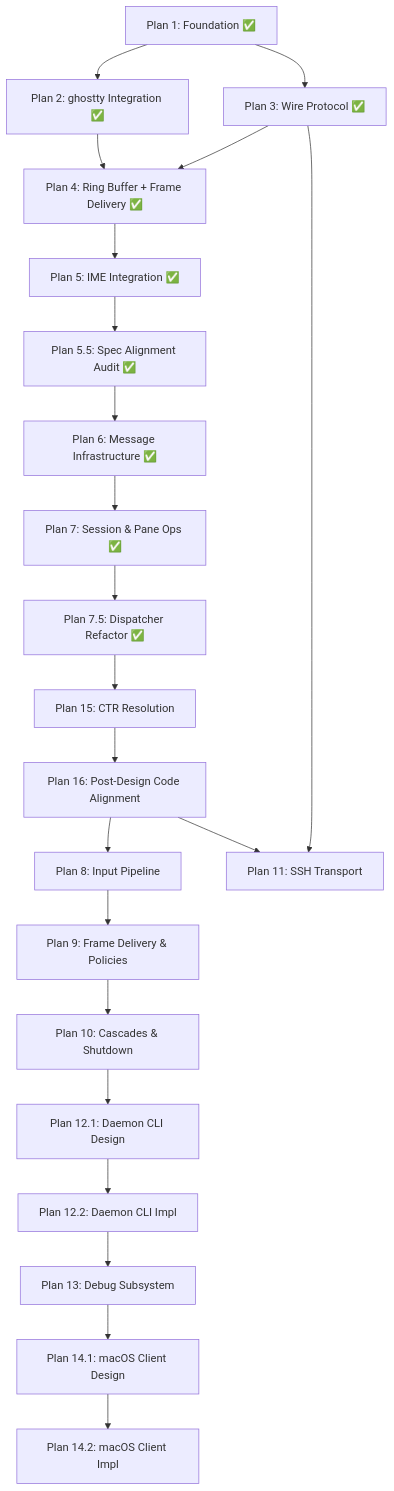
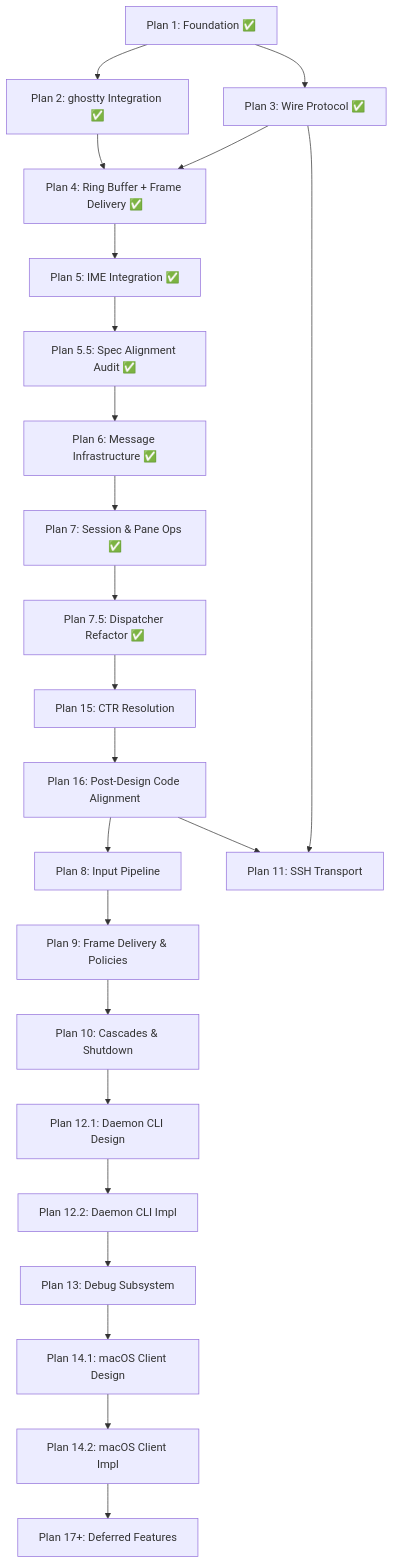
One commit to powdream-org/it-shell3 changed the diagram in docs/superpowers/plans/ROADMAP.md. Above: the diagram before and after it, drawn with Mermaid. The commit also changed other lines of this file and 36 other files, not shown here.

````diff
--- a/docs/superpowers/plans/ROADMAP.md
+++ b/docs/superpowers/plans/ROADMAP.md
@@ -65,24 +65,25 @@
 ```mermaid
 graph TD
     P1["Plan 1: Foundation ✅"] --> P2["Plan 2: ghostty Integration ✅"]
     P1 --> P3["Plan 3: Wire Protocol ✅"]
     P2 --> P4["Plan 4: Ring Buffer + Frame Delivery ✅"]
     P3 --> P4
     P4 --> P5["Plan 5: IME Integration ✅"]
     P5 --> P5_5["Plan 5.5: Spec Alignment Audit ✅"]
     P5_5 --> P6["Plan 6: Message Infrastructure ✅"]
     P6 --> P7["Plan 7: Session & Pane Ops ✅"]
     P7 --> P7_5["Plan 7.5: Dispatcher Refactor ✅"]
     P7_5 --> P15["Plan 15: CTR Resolution"]
     P15 --> P16["Plan 16: Post-Design Code Alignment"]
     P16 --> P8["Plan 8: Input Pipeline"]
     P16 --> P11["Plan 11: SSH Transport"]
     P3 --> P11
     P8 --> P9["Plan 9: Frame Delivery & Policies"]
     P9 --> P10["Plan 10: Cascades & Shutdown"]
     P10 --> P12_1["Plan 12.1: Daemon CLI Design"]
     P12_1 --> P12_2["Plan 12.2: Daemon CLI Impl"]
     P12_2 --> P13["Plan 13: Debug Subsystem"]
     P13 --> P14_1["Plan 14.1: macOS Client Design"]
     P14_1 --> P14_2["Plan 14.2: macOS Client Impl"]
+    P14_2 --> P17["Plan 17+: Deferred Features"]
 ```
````
